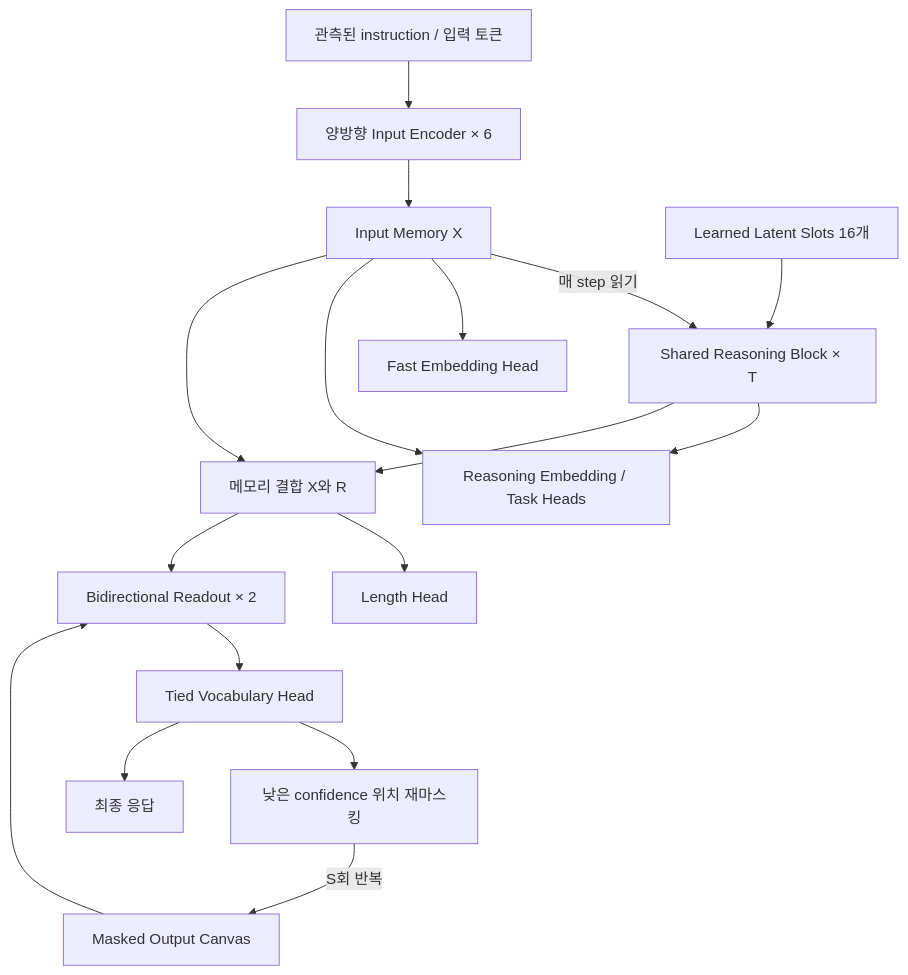
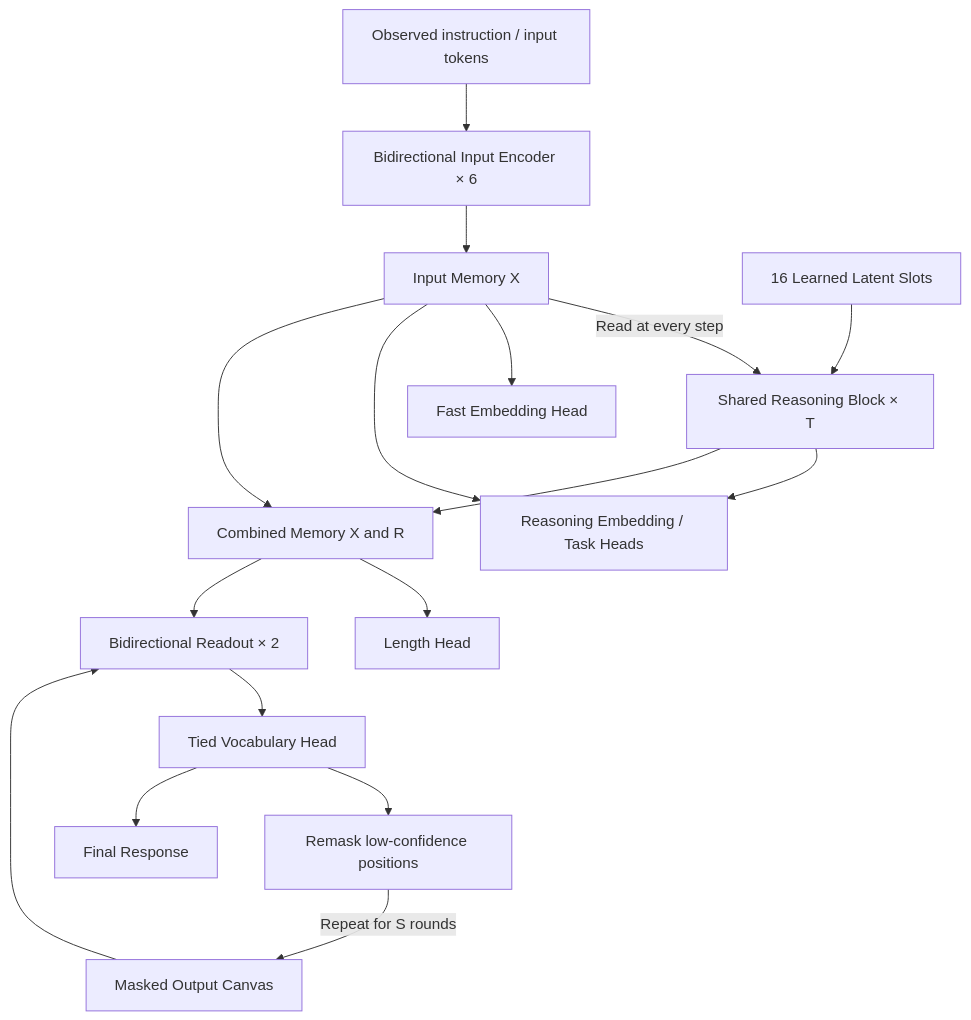
Before and after one commit to alice-noa-chan/nuri: the diagram in docs/archive/ARCHITECTURE-v0-codex.md, drawn with Mermaid. The commit also changed other lines of this file and 3 other files, not shown here.

````diff
--- a/docs/archive/ARCHITECTURE-v0-codex.md
+++ b/docs/archive/ARCHITECTURE-v0-codex.md
@@ -19,19 +19,19 @@
 ```mermaid
 flowchart TD
-    I[관측된 instruction / 입력 토큰] --> E[양방향 Input Encoder × 6]
+    I[Observed instruction / input tokens] --> E[Bidirectional Input Encoder × 6]
     E --> X[Input Memory X]
-    R0[Learned Latent Slots 16개] --> R[Shared Reasoning Block × T]
-    X -->|매 step 읽기| R
+    R0[16 Learned Latent Slots] --> R[Shared Reasoning Block × T]
+    X -->|Read at every step| R
     X --> F[Fast Embedding Head]
     X --> H[Reasoning Embedding / Task Heads]
     R --> H
-    R --> C[메모리 결합 X와 R]
+    R --> C[Combined Memory X and R]
     X --> C
     C --> L[Length Head]
     A[Masked Output Canvas] --> G[Bidirectional Readout × 2]
     C --> G
     G --> V[Tied Vocabulary Head]
-    V --> U[낮은 confidence 위치 재마스킹]
-    U -->|S회 반복| A
-    V --> O[최종 응답]
+    V --> U[Remask low-confidence positions]
+    U -->|Repeat for S rounds| A
+    V --> O[Final Response]
 ```
````
